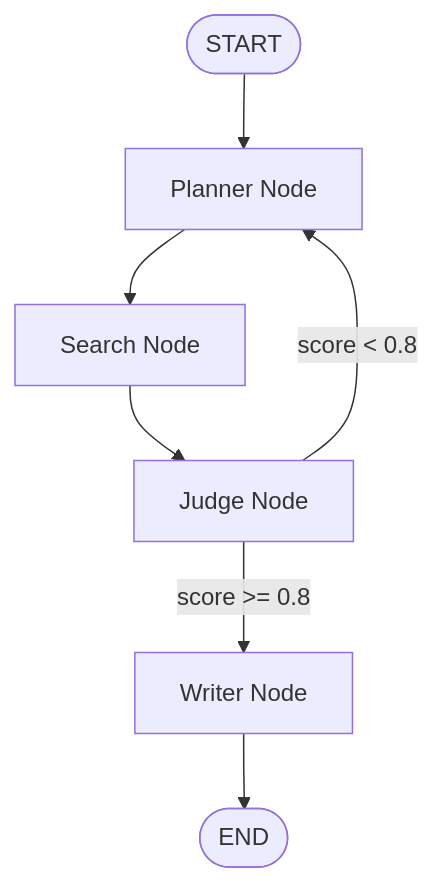
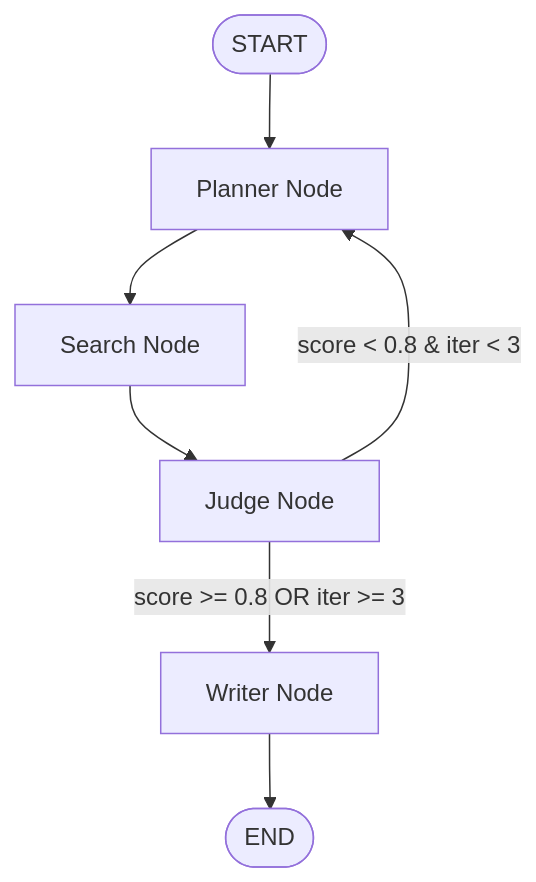
The diagram in README.md (abhay-ugale-25/research-syndicate), drawn with Mermaid before and after one commit. The commit also changed other lines of this file and 3 other files, not shown here.

````diff
--- a/README.md
+++ b/README.md
@@ -11,9 +11,9 @@
 ```mermaid
 graph TD
     START([START]) --> Planner[Planner Node]
     Planner --> Search[Search Node]
     Search --> Judge[Judge Node]
-    Judge -->|score < 0.8| Planner
-    Judge -->|score >= 0.8| Writer[Writer Node]
+    Judge -->|"score < 0.8 & iter < 3"| Planner
+    Judge -->|"score >= 0.8 OR iter >= 3"| Writer[Writer Node]
     Writer --> END([END])
 ```
````
